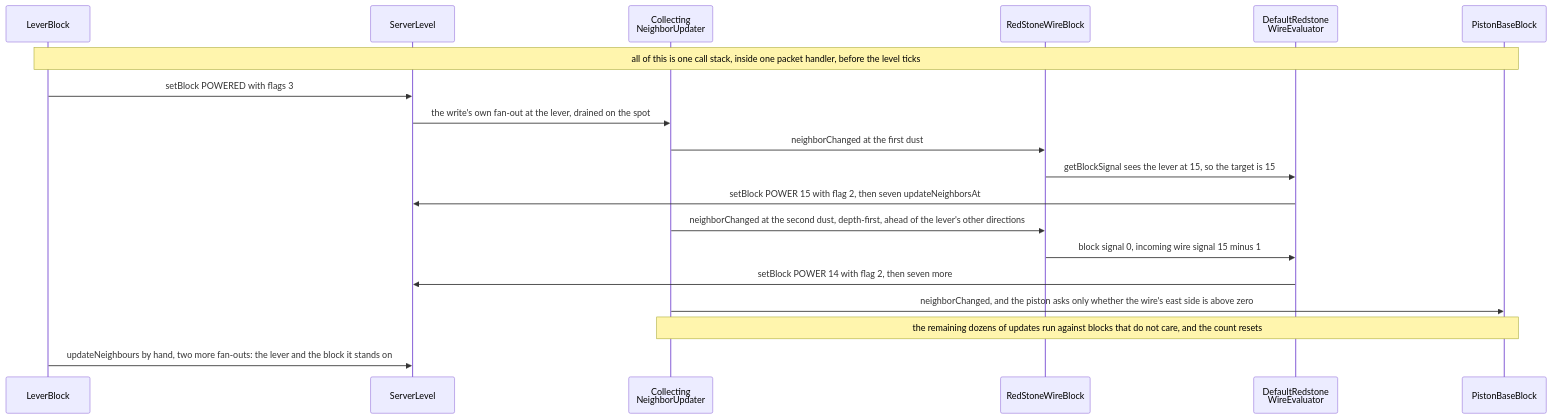
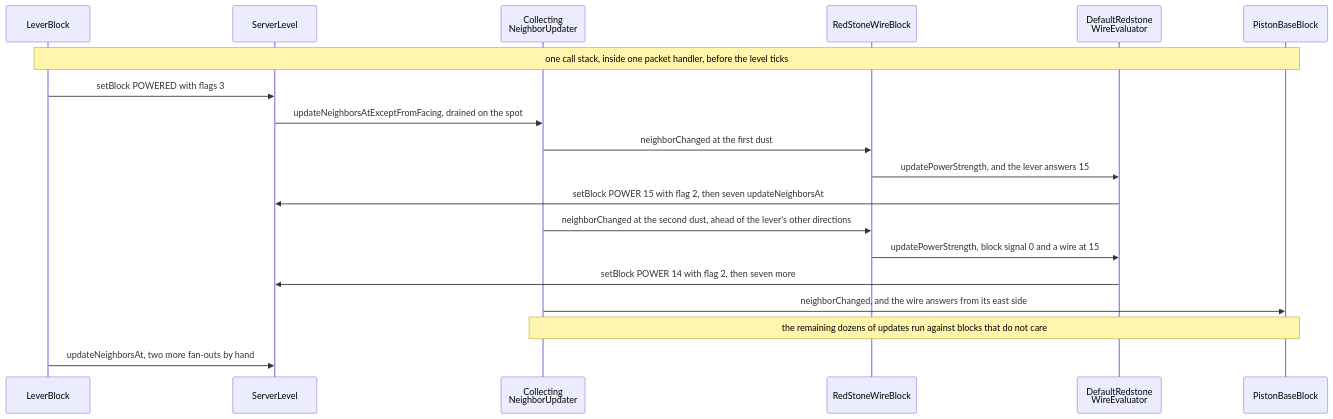
The second of 2 diagrams in src/systems/blocks/signal-and-dust.md (AlexanderjFraser/MinecraftDocs), drawn with Mermaid before and after one commit. The commit also changed other lines of this file and 12 other files, not shown here.

````diff
--- a/src/systems/blocks/signal-and-dust.md
+++ b/src/systems/blocks/signal-and-dust.md
@@ -215,21 +220,21 @@
 ```mermaid
 sequenceDiagram
     participant LevB as LeverBlock
     participant SL as ServerLevel
     participant CNU as Collecting<br/>NeighborUpdater
     participant RSWB as RedStoneWireBlock
     participant DRWE as DefaultRedstone<br/>WireEvaluator
     participant PBB as PistonBaseBlock
-    Note over LevB,PBB: all of this is one call stack, inside one packet handler, before the level ticks
+    Note over LevB,PBB: one call stack, inside one packet handler, before the level ticks
     LevB->>SL: setBlock POWERED with flags 3
-    SL->>CNU: the write's own fan-out at the lever, drained on the spot
+    SL->>CNU: updateNeighborsAtExceptFromFacing, drained on the spot
     CNU->>RSWB: neighborChanged at the first dust
-    RSWB->>DRWE: getBlockSignal sees the lever at 15, so the target is 15
+    RSWB->>DRWE: updatePowerStrength, and the lever answers 15
     DRWE->>SL: setBlock POWER 15 with flag 2, then seven updateNeighborsAt
-    CNU->>RSWB: neighborChanged at the second dust, depth-first, ahead of the lever's other directions
-    RSWB->>DRWE: block signal 0, incoming wire signal 15 minus 1
+    CNU->>RSWB: neighborChanged at the second dust, ahead of the lever's other directions
+    RSWB->>DRWE: updatePowerStrength, block signal 0 and a wire at 15
     DRWE->>SL: setBlock POWER 14 with flag 2, then seven more
-    CNU->>PBB: neighborChanged, and the piston asks only whether the wire's east side is above zero
-    Note over CNU,PBB: the remaining dozens of updates run against blocks that do not care, and the count resets
-    LevB->>SL: updateNeighbours by hand, two more fan-outs: the lever and the block it stands on
+    CNU->>PBB: neighborChanged, and the wire answers from its east side
+    Note over CNU,PBB: the remaining dozens of updates run against blocks that do not care
+    LevB->>SL: updateNeighborsAt, two more fan-outs by hand
 ```
````
